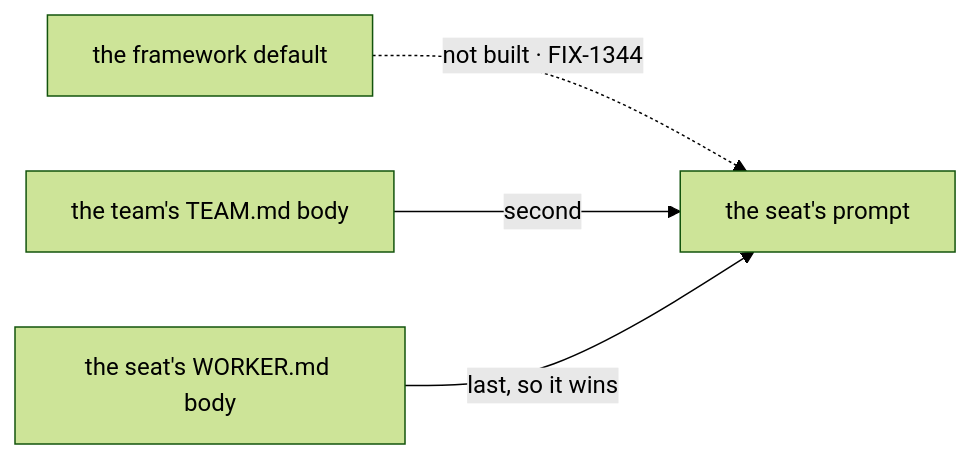
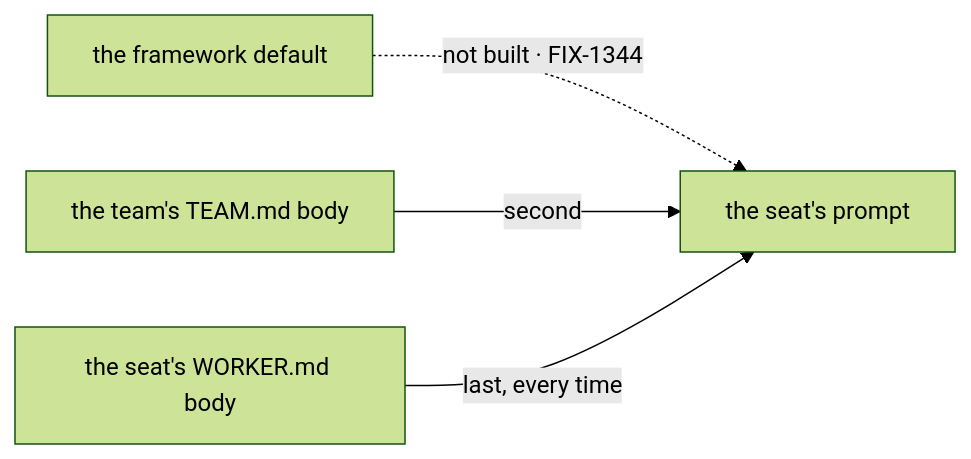
Before and after one commit to fixpoint-labs/flow-state-dev: the diagram in spec/FIX-1377/BUSINESS-RULES.md, drawn with Mermaid (forest theme). The commit also changed other lines of this file and 4 other files, not shown here.

````diff
--- a/spec/FIX-1377/BUSINESS-RULES.md
+++ b/spec/FIX-1377/BUSINESS-RULES.md
@@ -43,6 +44,6 @@
 ```mermaid
 flowchart LR
   A["the framework default"] -.->|"not built · FIX-1344"| P["the seat's prompt"]
   B["the team's TEAM.md body"] -->|"second"| P
-  C["the seat's WORKER.md body"] -->|"last, so it wins"| P
+  C["the seat's WORKER.md body"] -->|"last, every time"| P
 ```
````
